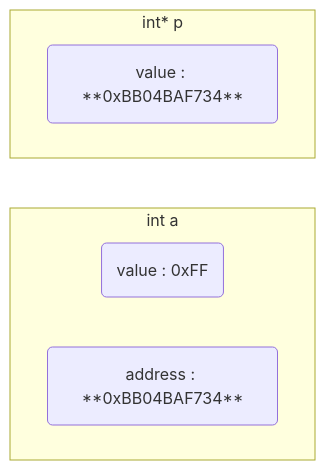
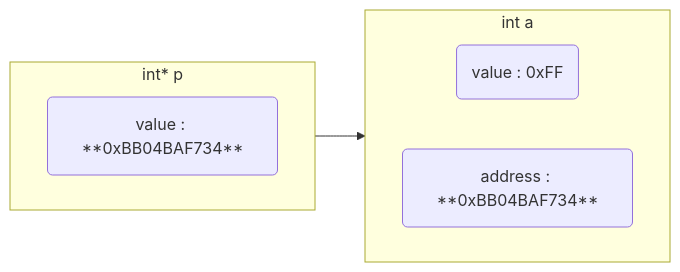
One commit to dmjcb/dmjcb.github.io changed the second of 5 diagrams in _posts/Language/C&C++/Pointer/2022-01-08-指针.md. Above: the diagram before and after it, drawn with Mermaid. The commit also changed other lines of this file and 122 other files, not shown here.

Commit message:
修复图形显示BUG

````diff
--- a/_posts/Language/C&C++/Pointer/2022-01-08-指针.md
+++ b/_posts/Language/C&C++/Pointer/2022-01-08-指针.md
@@ -74,14 +75,15 @@
 ```mermaid
 graph LR;
     subgraph S1[int a]
         direction LR
         V2(value : 0xFF)
         A2(address : **0xBB04BAF734**)
     end
 
     subgraph S2[int* p]
         direction LR
         V1(value : **0xBB04BAF734**)
     end
 
+    V1-->A2
 ```
````
